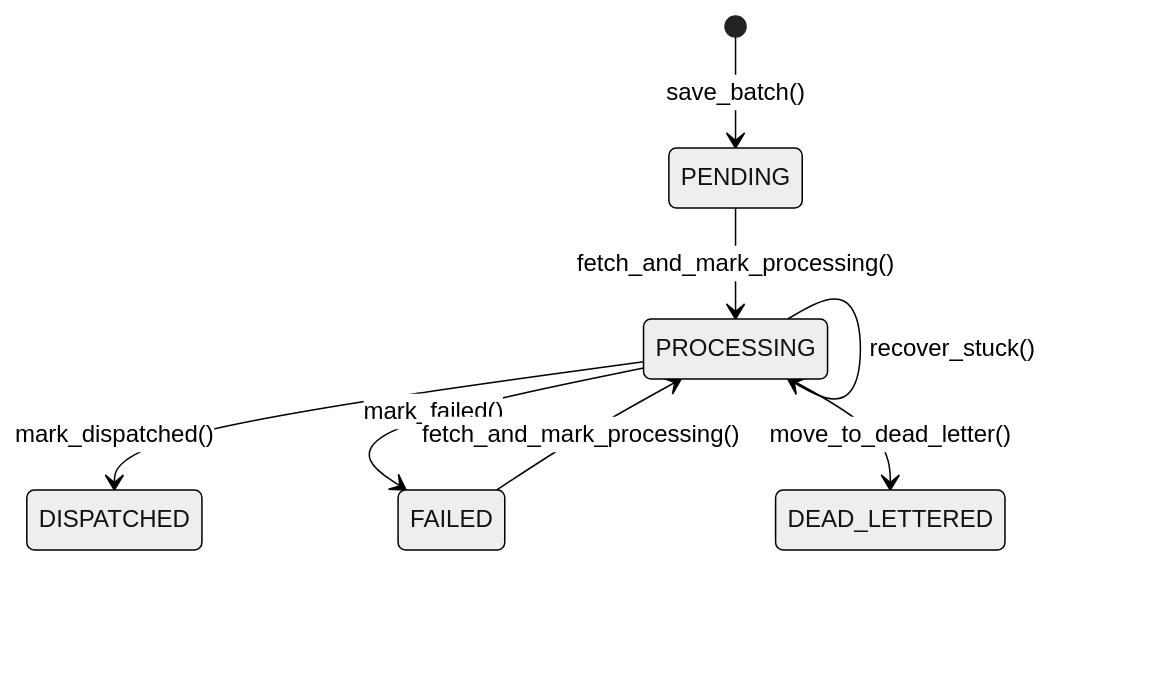
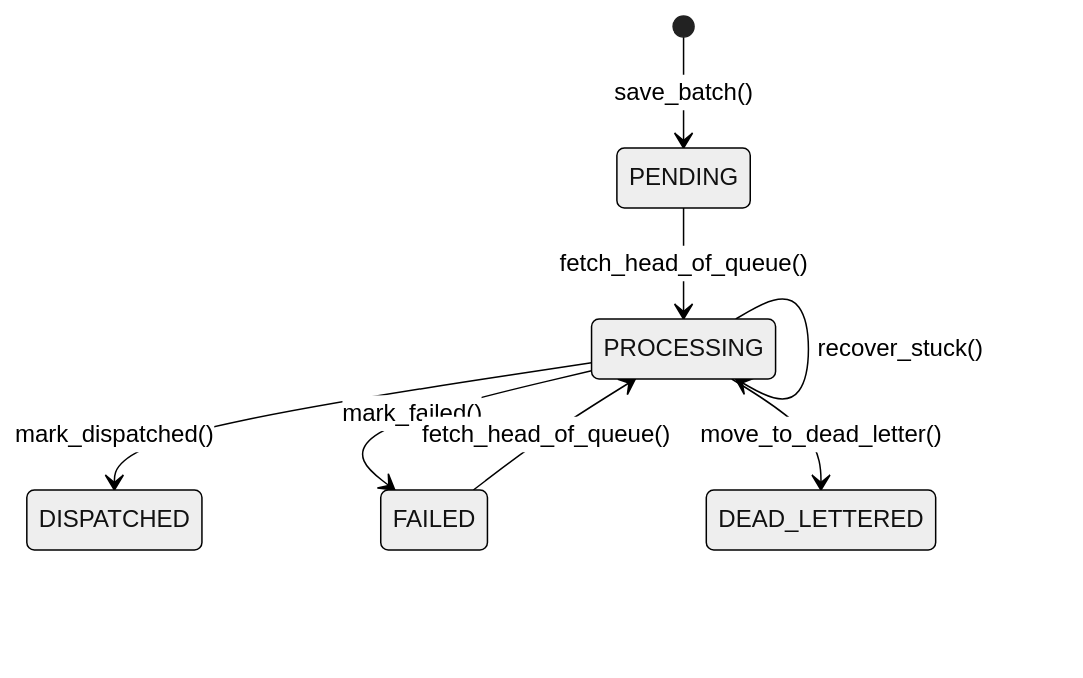
Before and after one commit to waku-py/waku: the second of 2 diagrams in docs/features/messaging/outbox.md, drawn with Mermaid (neutral theme). The commit also changed other lines of this file and 7 other files, not shown here.

Commit message:
refactor(messaging): drop dead IOutboxStore.fetch_and_mark_processing

````diff
--- a/docs/features/messaging/outbox.md
+++ b/docs/features/messaging/outbox.md
@@ -145,10 +145,10 @@
 ```mermaid
 stateDiagram-v2
     [*] --> PENDING: save_batch()
-    PENDING --> PROCESSING: fetch_and_mark_processing()
+    PENDING --> PROCESSING: fetch_head_of_queue()
     PROCESSING --> DISPATCHED: mark_dispatched()
     PROCESSING --> FAILED: mark_failed()
-    FAILED --> PROCESSING: fetch_and_mark_processing()
+    FAILED --> PROCESSING: fetch_head_of_queue()
     PROCESSING --> DEAD_LETTERED: move_to_dead_letter()
     PROCESSING --> PROCESSING: recover_stuck()
 ```
````
